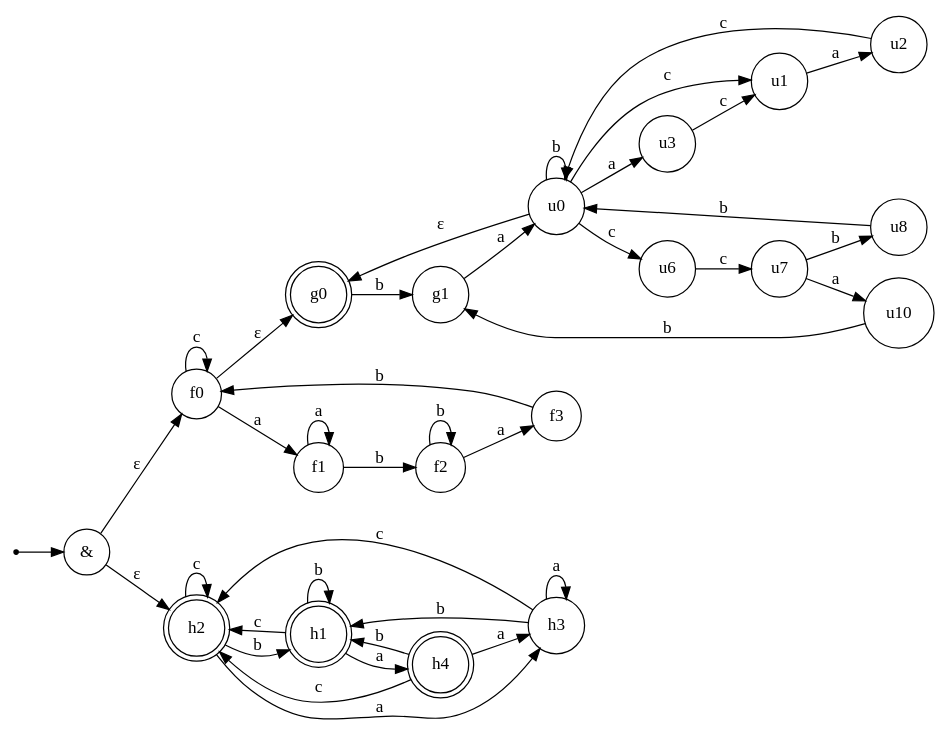
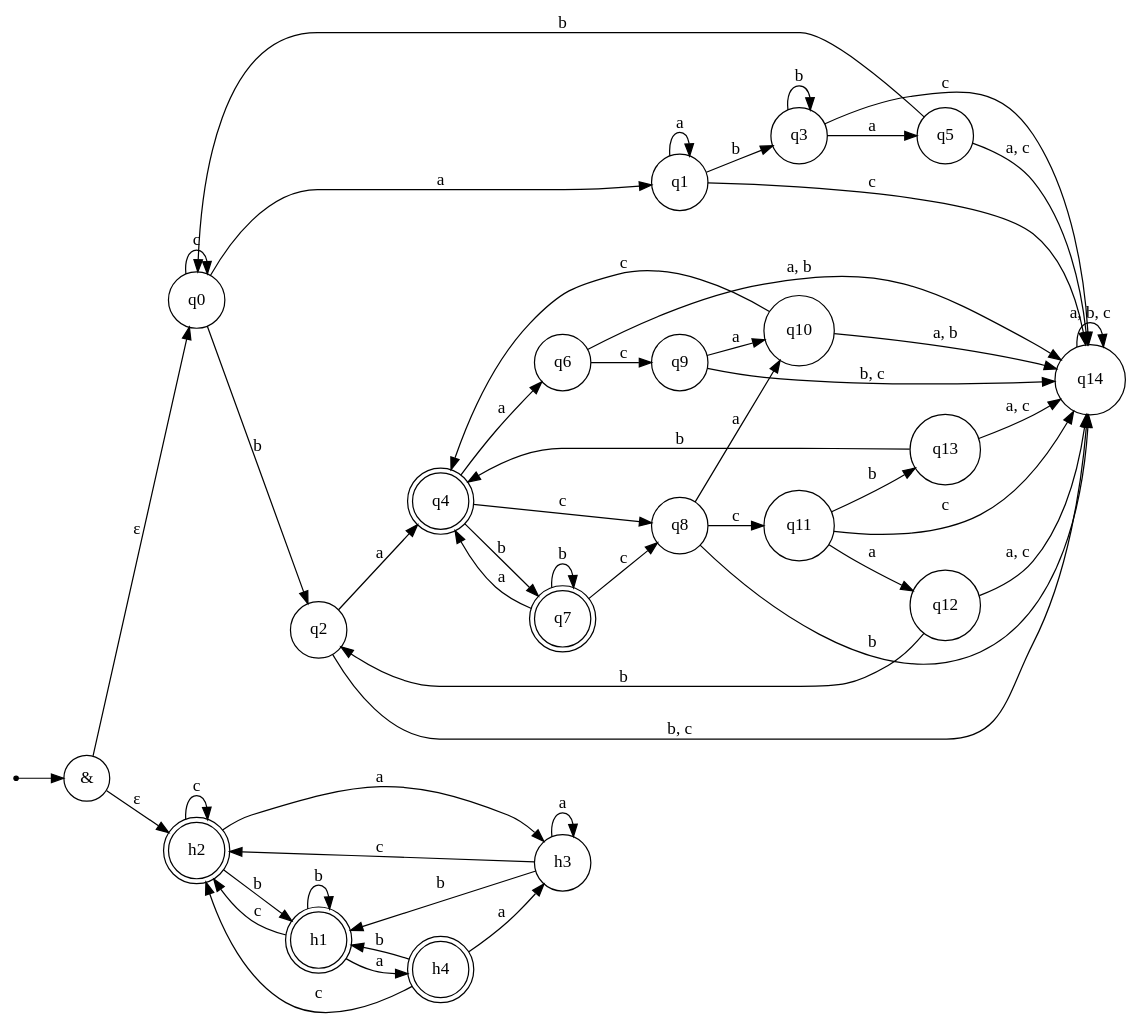
The diagram in lab2/pka.dot (grilzzz/tfl), drawn with Graphviz before and after one commit.

```diff
--- a/lab2/pka.dot
+++ b/lab2/pka.dot
@@ -1,88 +1,91 @@
 digraph NFA {
     rankdir=LR;
     node [shape=circle];
 
     start [shape=point];
 
     amp [label="&"];
 
     start -> amp;
 
-    amp -> f0 [label="ε"];  
 
-    f0 [label="f0"];
-    f1 [label="f1"];
-    f2 [label="f2"];
-    f3 [label="f3"];
+    amp -> q0 [label="ε"];
 
-    f0 -> f0 [label="c"];
 
-    f0 -> f1 [label="a"];   
-    f1 -> f1 [label="a"];  
-    f1 -> f2 [label="b"];     
-    f2 -> f2 [label="b"];   
-    f2 -> f3 [label="a"];  
-    f3 -> f0 [label="b"];    
-    
-    f0 -> g0 [label="ε"];
+    node [shape = doublecircle]; q0 q4 q7;
+    node [shape = circle];
 
-    g0 [shape=doublecircle, label="g0"];
-    g1 [label="g1"];
+    q0 -> q1  [label="a"];
+    q0 -> q2  [label="b"];
+    q0 -> q0  [label="c"];
 
-    g0 -> g1 [label="b"];
-    g1 -> u0 [label="a"];
+    q1 -> q1  [label="a"];
+    q1 -> q3  [label="b"];
+    q1 -> q14 [label="c"];
 
-    u0  [label="u0"];
-    u1  [label="u1"];
-    u2  [label="u2"];
-    u3  [label="u3"];
-    u6  [label="u6"];
-    u7  [label="u7"]; 
-    u8  [label="u8"];
-    u10 [label="u10"];
+    q2 -> q4  [label="a"];
+    q2 -> q14 [label="b, c"];
 
-    u0 -> g0 [label="ε"];
+    q3 -> q5  [label="a"];
+    q3 -> q3  [label="b"];
+    q3 -> q14 [label="c"];
 
-    u0 -> u0 [label="b"];
+    q4 -> q6  [label="a"];
+    q4 -> q7  [label="b"];
+    q4 -> q8  [label="c"];
 
-    u0 -> u1 [label="c"];
-    u1 -> u2 [label="a"];
-    u2 -> u0 [label="c"];
+    q5 -> q14 [label="a, c"];
+    q5 -> q0  [label="b"];
 
-    u0 -> u3 [label="a"];
-    u3 -> u1 [label="c"];  
+    q6 -> q14 [label="a, b"];
+    q6 -> q9  [label="c"];
 
-    u0 -> u6 [label="c"];  
-    u6 -> u7 [label="c"]; 
+    q7 -> q4  [label="a"];
+    q7 -> q7  [label="b"];
+    q7 -> q8  [label="c"];
 
-    u7 -> u8  [label="b"];
-    u8 -> u0  [label="b"];
+    q8 -> q10 [label="a"];
+    q8 -> q14 [label="b"];
+    q8 -> q11 [label="c"];
 
-    u7  -> u10 [label="a"];
-    u10 -> g1 [label="b"];
+    q9 -> q10 [label="a"];
+    q9 -> q14 [label="b, c"];
 
+    q10 -> q14 [label="a, b"];
+    q10 -> q4  [label="c"];
+
+    q11 -> q12 [label="a"];
+    q11 -> q13 [label="b"];
+    q11 -> q14 [label="c"];
+
+    q12 -> q14 [label="a, c"];
+    q12 -> q2  [label="b"];
+
+    q13 -> q14 [label="a, c"];
+    q13 -> q4  [label="b"];
+
+    q14 -> q14 [label="a, b, c"];
 
     amp -> h2 [label="ε"];  
 
     h1 [shape=doublecircle, label="h1"];
     h2 [shape=doublecircle, label="h2"];
     h3 [label="h3"];
     h4 [shape=doublecircle, label="h4"];
-
 
     h1 -> h4 [label="a"];   
     h1 -> h1 [label="b"];
     h1 -> h2 [label="c"];
 
     h2 -> h3 [label="a"];    
     h2 -> h1 [label="b"];
     h2 -> h2 [label="c"];
 
     h3 -> h3 [label="a"];
     h3 -> h1 [label="b"];
     h3 -> h2 [label="c"];
 
     h4 -> h3 [label="a"];   
     h4 -> h1 [label="b"];
     h4 -> h2 [label="c"];
 }
```
